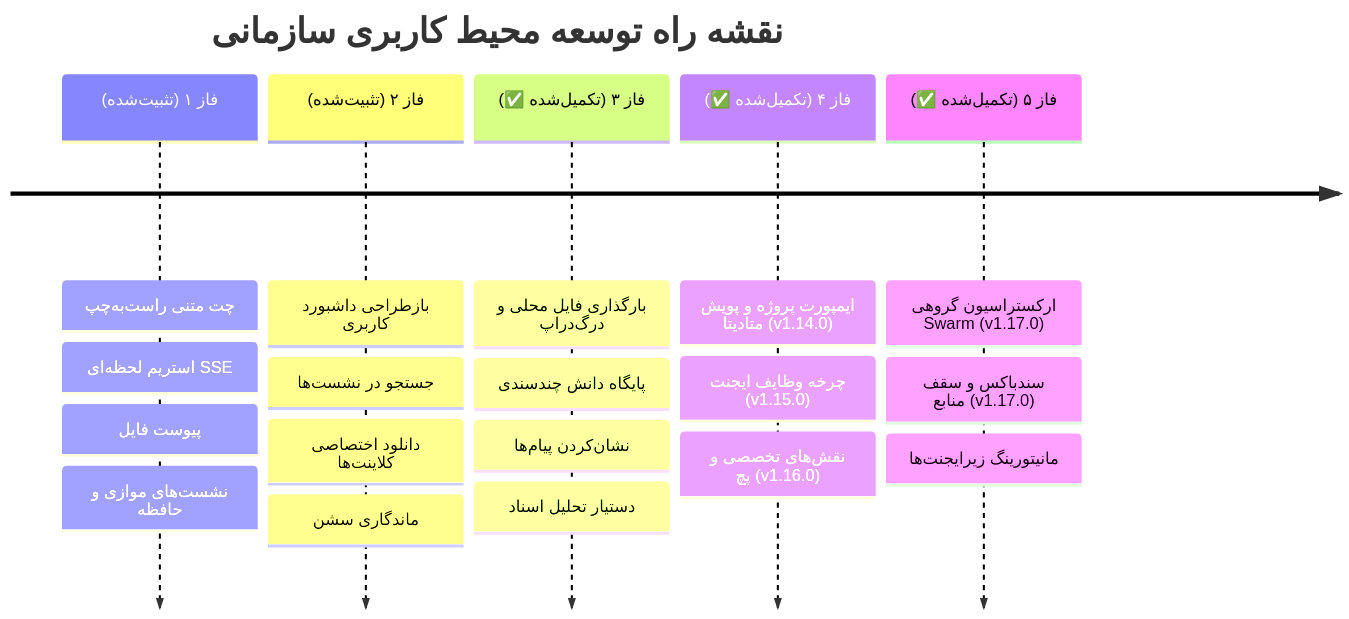
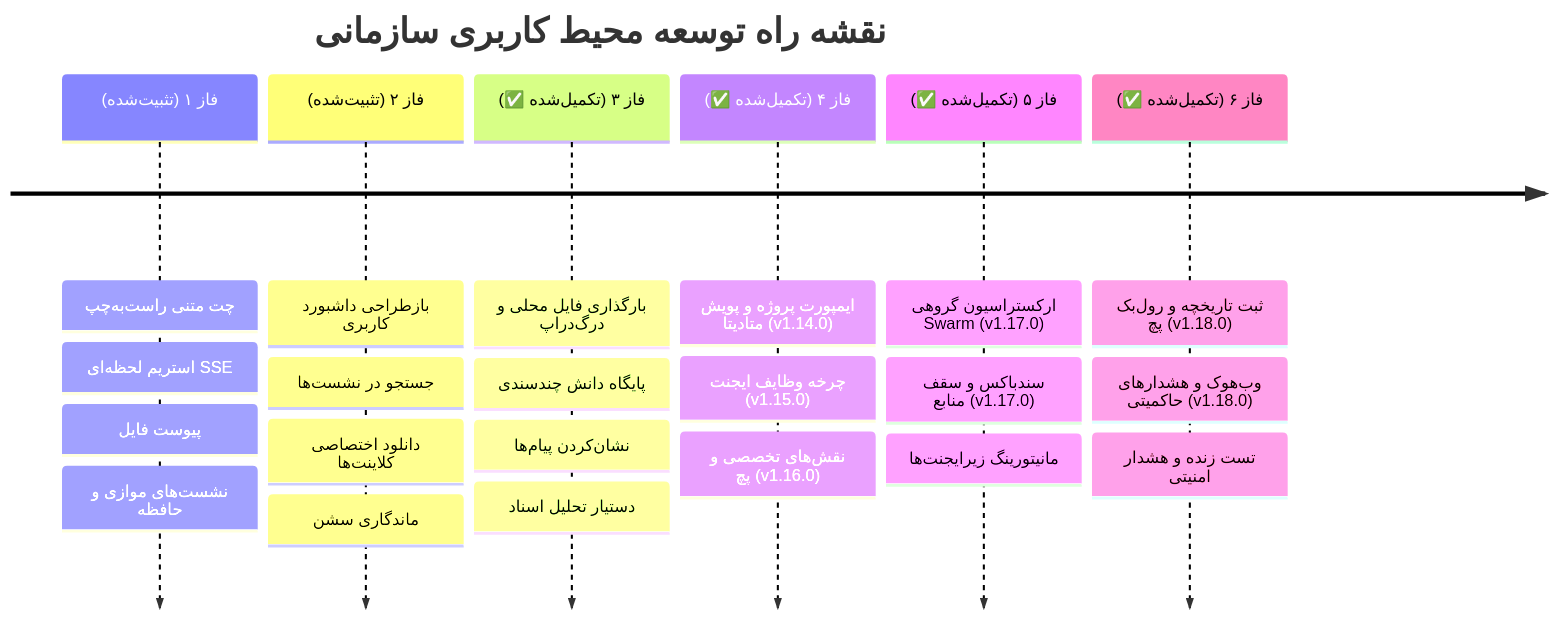
Before and after one commit to RedBoy-011/OmniOps: the third of 3 diagrams in ROADMAP_DUAL_PLANE.fa.md, drawn with Mermaid. The commit also changed other lines of this file and 9 other files, not shown here.

````diff
--- a/ROADMAP_DUAL_PLANE.fa.md
+++ b/ROADMAP_DUAL_PLANE.fa.md
@@ -108,9 +108,10 @@
 ```mermaid
 timeline
     title نقشه راه توسعه محیط کاربری سازمانی
     فاز ۱ (تثبیت‌شده) : چت متنی راست‌به‌چپ : استریم لحظه‌ای SSE : پیوست فایل : نشست‌های موازی و حافظه
     فاز ۲ (تثبیت‌شده) : بازطراحی داشبورد کاربری : جستجو در نشست‌ها : دانلود اختصاصی کلاینت‌ها : ماندگاری سشن
     فاز ۳ (تکمیل‌شده ✅) : بارگذاری فایل محلی و درگ‌دراپ : پایگاه دانش چندسندی : نشان‌کردن پیام‌ها : دستیار تحلیل اسناد
     فاز ۴ (تکمیل‌شده ✅) : ایمپورت پروژه و پویش متادیتا (v1.14.0) : چرخه وظایف ایجنت (v1.15.0) : نقش‌های تخصصی و پچ (v1.16.0)
     فاز ۵ (تکمیل‌شده ✅) : ارکستراسیون گروهی Swarm (v1.17.0) : سندباکس و سقف منابع (v1.17.0) : مانیتورینگ زیرایجنت‌ها
+    فاز ۶ (تکمیل‌شده ✅) : ثبت تاریخچه و رول‌بک پچ (v1.18.0) : وب‌هوک و هشدارهای حاکمیتی (v1.18.0) : تست زنده و هشدار امنیتی
 ```
````
